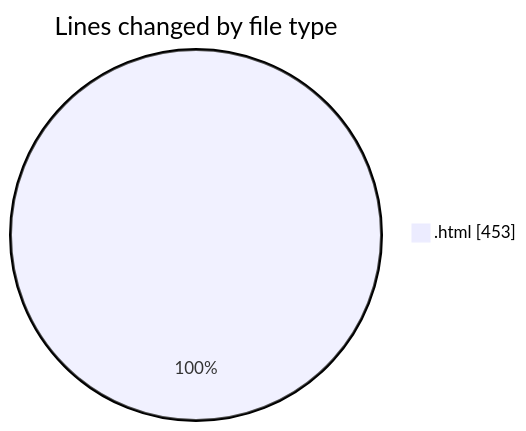
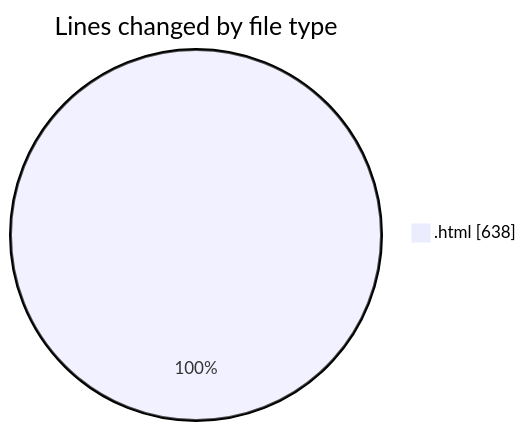
Before and after one commit to shibass792/code-tracking: the first of 2 diagrams in 2026-07-12/untitled__workspace_/README.md, drawn with Mermaid. The commit also changed other lines of this file and 1 other file, not shown here.

````diff
--- a/2026-07-12/untitled__workspace_/README.md
+++ b/2026-07-12/untitled__workspace_/README.md
@@ -20,5 +20,5 @@
 ```mermaid
 pie showData
 title Lines changed by file type
-".html" : 453
+".html" : 638
 ```
````
